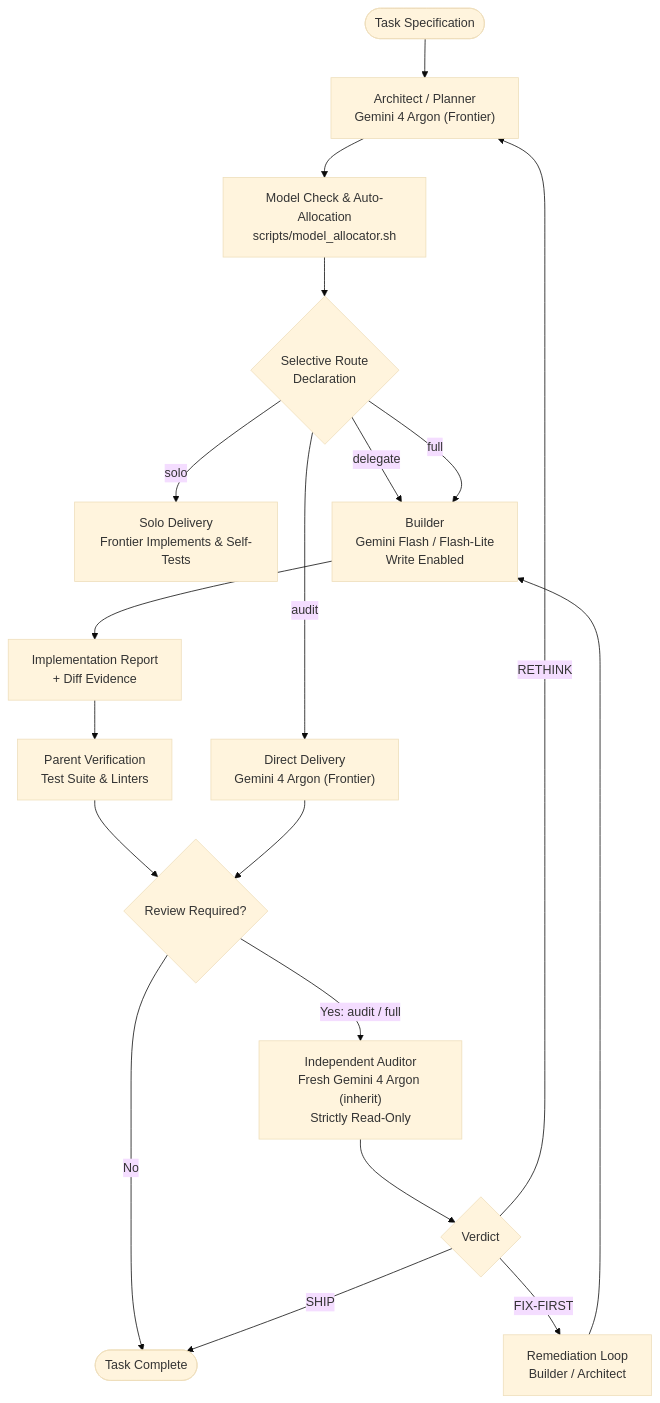
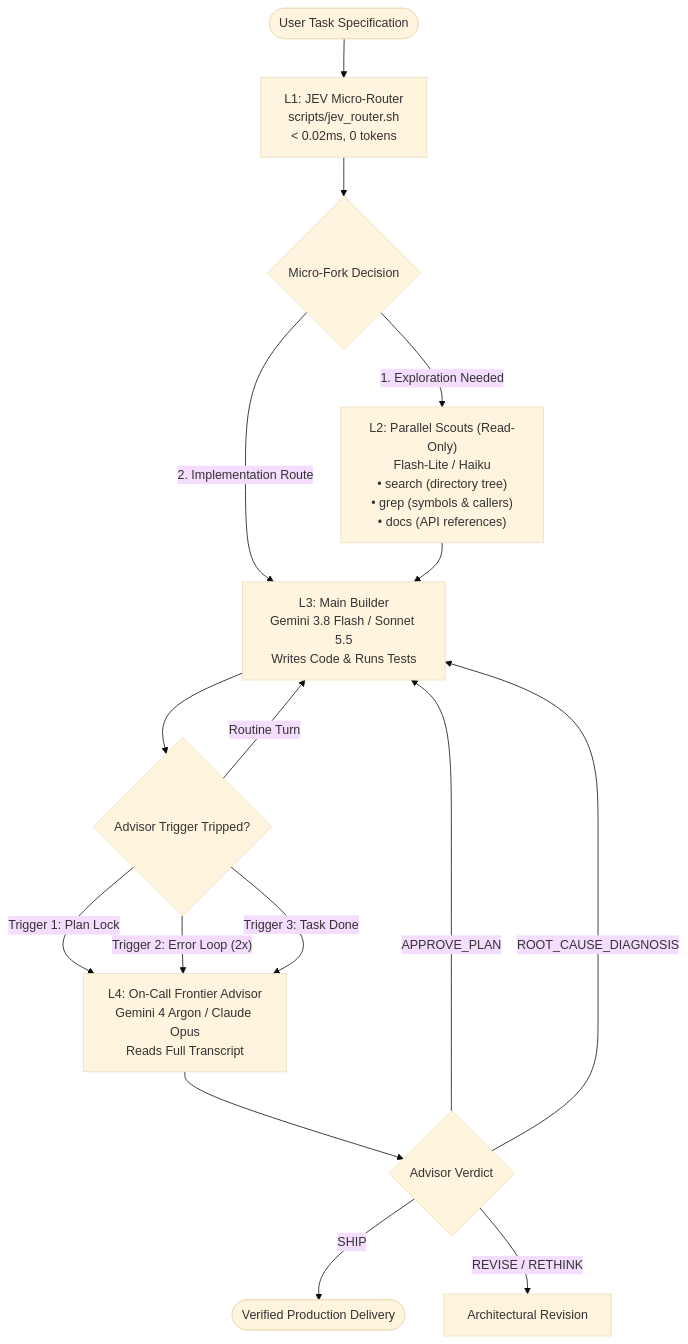
One commit to Norbert-Brett/gemini-advisor changed the diagram in README.md. Above: the diagram before and after it, drawn with Mermaid (base theme). The commit also changed other lines of this file and 15 other files, not shown here.

Commit message:
feat: upgrade to 4-tier cognitive hierarchy with JEV micro-routing and parallel scouts

````diff
--- a/README.md
+++ b/README.md
@@ -19,26 +60,24 @@
 ```mermaid
 flowchart TD
-    User(["Task Specification"]) --> Architect["Architect / Planner\nGemini 4 Argon (Frontier)"]
-    Architect --> ModelCheck["Model Check & Auto-Allocation\nscripts/model_allocator.sh"]
-    ModelCheck --> RouteDecision{"Selective Route\nDeclaration"}
-
-    RouteDecision -->|solo| SoloDelivery["Solo Delivery\nFrontier Implements & Self-Tests"]
-    RouteDecision -->|delegate| FlashBuilder["Builder\nGemini Flash / Flash-Lite\nWrite Enabled"]
-    RouteDecision -->|audit| DirectDelivery["Direct Delivery\nGemini 4 Argon (Frontier)"]
-    RouteDecision -->|full| FlashBuilder
-
-    FlashBuilder --> ImplReport["Implementation Report\n+ Diff Evidence"]
-    ImplReport --> ParentVerify["Parent Verification\nTest Suite & Linters"]
-
-    ParentVerify --> ReviewGate{"Review Required?"}
-    DirectDelivery --> ReviewGate
-
-    ReviewGate -->|No| Complete(["Task Complete"])
-    ReviewGate -->|"Yes: audit / full"| Auditor["Independent Auditor\nFresh Gemini 4 Argon (inherit)\nStrictly Read-Only"]
-
-    Auditor --> AuditVerdict{"Verdict"}
-    AuditVerdict -->|SHIP| Complete
-    AuditVerdict -->|FIX-FIRST| Remediation["Remediation Loop\nBuilder / Architect"]
-    Remediation --> FlashBuilder
-    AuditVerdict -->|RETHINK| Architect
+    User(["User Task Specification"]) --> JEV["L1: JEV Micro-Router\nscripts/jev_router.sh\n< 0.02ms, 0 tokens"]
+    
+    JEV --> ForkType{"Micro-Fork Decision"}
+    
+    ForkType -->|"1. Exploration Needed"| Scouts["L2: Parallel Scouts (Read-Only)\nFlash-Lite / Haiku\n• search (directory tree)\n• grep (symbols & callers)\n• docs (API references)"]
+    ForkType -->|"2. Implementation Route"| Builder["L3: Main Builder\nGemini 3.8 Flash / Sonnet 5.5\nWrites Code & Runs Tests"]
+    
+    Scouts --> Builder
+    
+    Builder --> TriggerGate{"Advisor Trigger Tripped?"}
+    
+    TriggerGate -->|"Trigger 1: Plan Lock"| Advisor["L4: On-Call Frontier Advisor\nGemini 4 Argon / Claude Opus\nReads Full Transcript"]
+    TriggerGate -->|"Trigger 2: Error Loop (2x)"| Advisor
+    TriggerGate -->|"Trigger 3: Task Done"| Advisor
+    TriggerGate -->|"Routine Turn"| Builder
+    
+    Advisor --> Verdict{"Advisor Verdict"}
+    Verdict -->|"APPROVE_PLAN"| Builder
+    Verdict -->|"ROOT_CAUSE_DIAGNOSIS"| Builder
+    Verdict -->|"SHIP"| Complete(["Verified Production Delivery"])
+    Verdict -->|"REVISE / RETHINK"| Redesign["Architectural Revision"]
 ```
````
